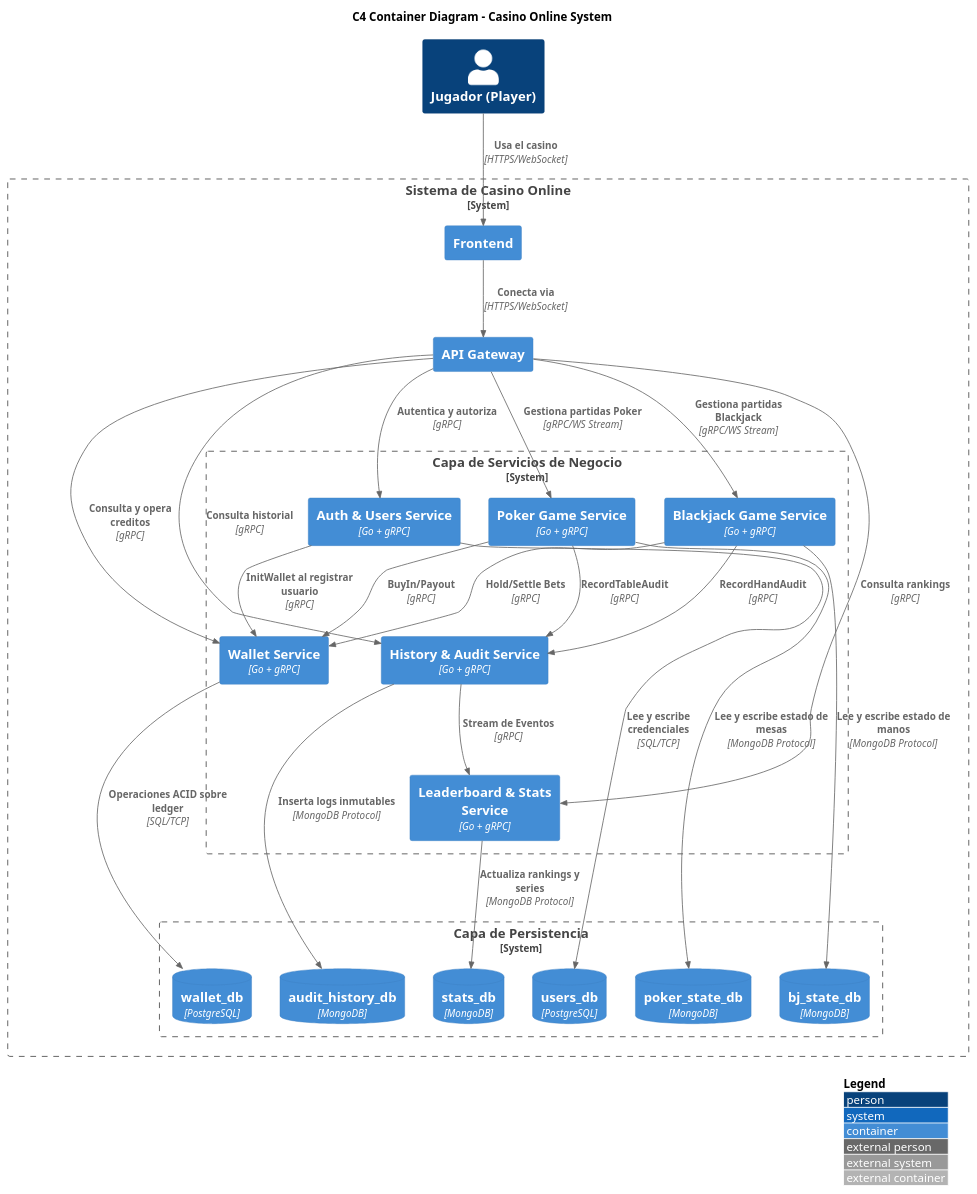
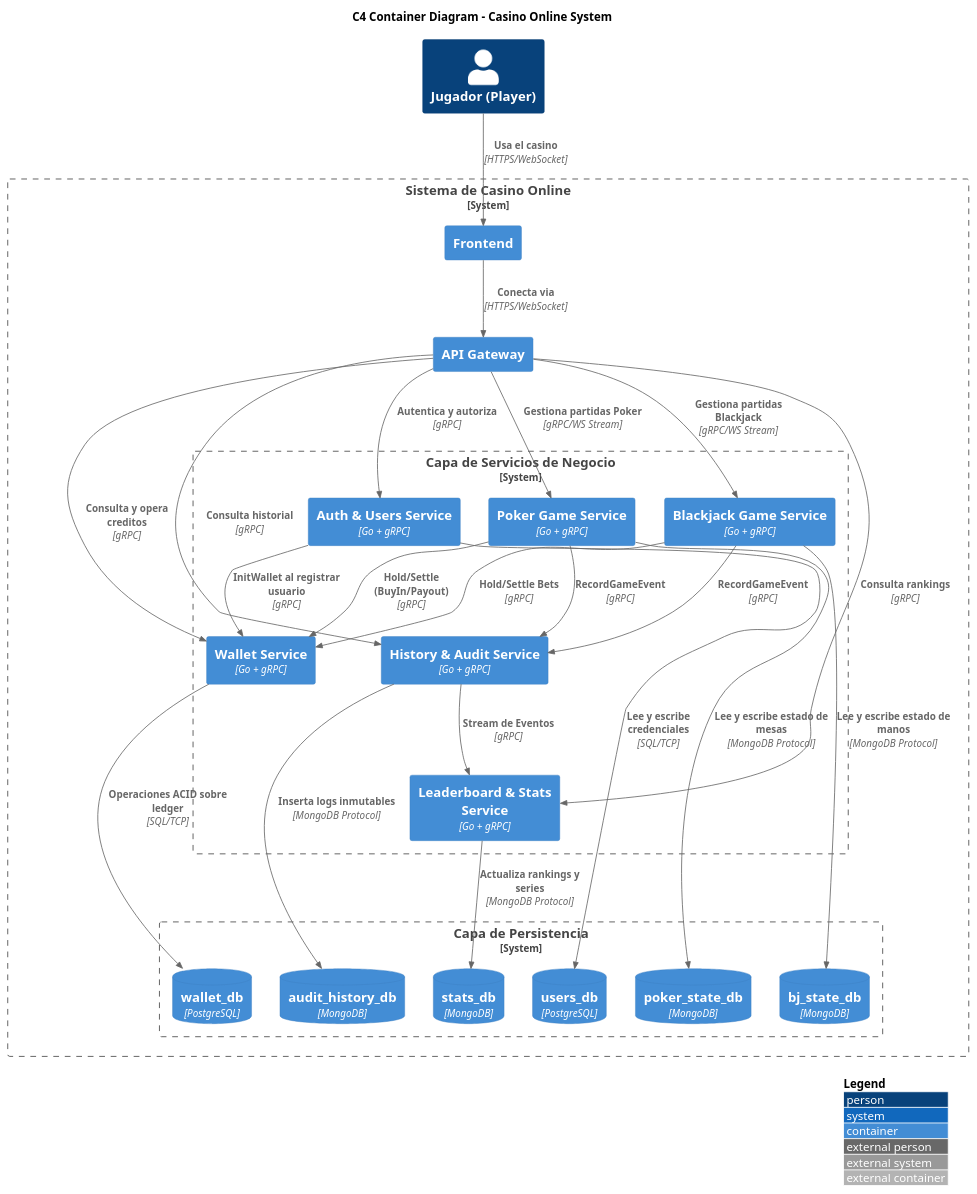
Before and after one commit to ChGSufro/sis-distribuidos-casino: the diagram in diagramas/c4/c4-level2-container.puml, drawn with PlantUML. The commit also changed 1 other file, not shown here.

Commit message:
docs: corregir consistencia de contratos gRPC y tipos de identificadores

```diff
--- a/diagramas/c4/c4-level2-container.puml
+++ b/diagramas/c4/c4-level2-container.puml
@@ -1,77 +1,77 @@
 @startuml
 !include <C4/C4_Container>
 
 LAYOUT_TOP_DOWN()
 LAYOUT_WITH_LEGEND()
 
 title C4 Container Diagram - Casino Online System
 
 Person(player, "Jugador (Player)")
 
 System_Boundary(casino, "Sistema de Casino Online") {
 
     Container(frontend, "Frontend")
 
     Container(gateway, "API Gateway")
 
     System_Boundary(services_layer, "Capa de Servicios de Negocio") {
 
         Container(auth_svc, "Auth & Users Service", "Go + gRPC")
         Container(wallet_svc, "Wallet Service", "Go + gRPC")
         Container(bj_svc, "Blackjack Game Service", "Go + gRPC")
         Container(poker_svc, "Poker Game Service", "Go + gRPC")
         Container(history_svc, "History & Audit Service", "Go + gRPC")
         Container(stats_svc, "Leaderboard & Stats Service", "Go + gRPC")
     }
 
     System_Boundary(persistence_layer, "Capa de Persistencia") {
 
         ContainerDb(users_db, "users_db", "PostgreSQL")
 
         ContainerDb(wallet_db, "wallet_db", "PostgreSQL")
 
         ContainerDb(bj_state_db, "bj_state_db", "MongoDB")
 
         ContainerDb(poker_state_db, "poker_state_db", "MongoDB")
 
         ContainerDb(audit_db, "audit_history_db", "MongoDB")
 
         ContainerDb(stats_db, "stats_db", "MongoDB")
     }
 }
 
 ' Relaciones: Frontend <-> Gateway
 Rel(player, frontend, "Usa el casino", "HTTPS/WebSocket")
 Rel(frontend, gateway, "Conecta via", "HTTPS/WebSocket")
 
 ' Relaciones: Gateway -> Servicios
 Rel(gateway, auth_svc, "Autentica y autoriza", "gRPC")
 Rel(gateway, wallet_svc, "Consulta y opera creditos", "gRPC")
 Rel(gateway, bj_svc, "Gestiona partidas Blackjack", "gRPC/WS Stream")
 Rel(gateway, poker_svc, "Gestiona partidas Poker", "gRPC/WS Stream")
 Rel(gateway, history_svc, "Consulta historial", "gRPC")
 Rel(gateway, stats_svc, "Consulta rankings", "gRPC")
 
 ' Relaciones: Auth -> Wallet (InitWallet)
 Rel(auth_svc, wallet_svc, "InitWallet al registrar usuario", "gRPC")
 
 ' Relaciones: Juegos -> Wallet (apuestas)
 Rel(bj_svc, wallet_svc, "Hold/Settle Bets", "gRPC")
-Rel(poker_svc, wallet_svc, "BuyIn/Payout", "gRPC")
+Rel(poker_svc, wallet_svc, "Hold/Settle (BuyIn/Payout)", "gRPC")
 
 ' Relaciones: Juegos -> History (auditoria)
-Rel(bj_svc, history_svc, "RecordHandAudit", "gRPC")
-Rel(poker_svc, history_svc, "RecordTableAudit", "gRPC")
+Rel(bj_svc, history_svc, "RecordGameEvent", "gRPC")
+Rel(poker_svc, history_svc, "RecordGameEvent", "gRPC")
 
 ' Relaciones: History -> Stats (eventos)
 Rel(history_svc, stats_svc, "Stream de Eventos", "gRPC")
 
 ' Relaciones: Servicios -> Bases de Datos
 Rel(auth_svc, users_db, "Lee y escribe credenciales", "SQL/TCP")
 Rel(wallet_svc, wallet_db, "Operaciones ACID sobre ledger", "SQL/TCP")
 Rel(bj_svc, bj_state_db, "Lee y escribe estado de manos", "MongoDB Protocol")
 Rel(poker_svc, poker_state_db, "Lee y escribe estado de mesas", "MongoDB Protocol")
 Rel(history_svc, audit_db, "Inserta logs inmutables", "MongoDB Protocol")
 Rel(stats_svc, stats_db, "Actualiza rankings y series", "MongoDB Protocol")
 
 @enduml
```
